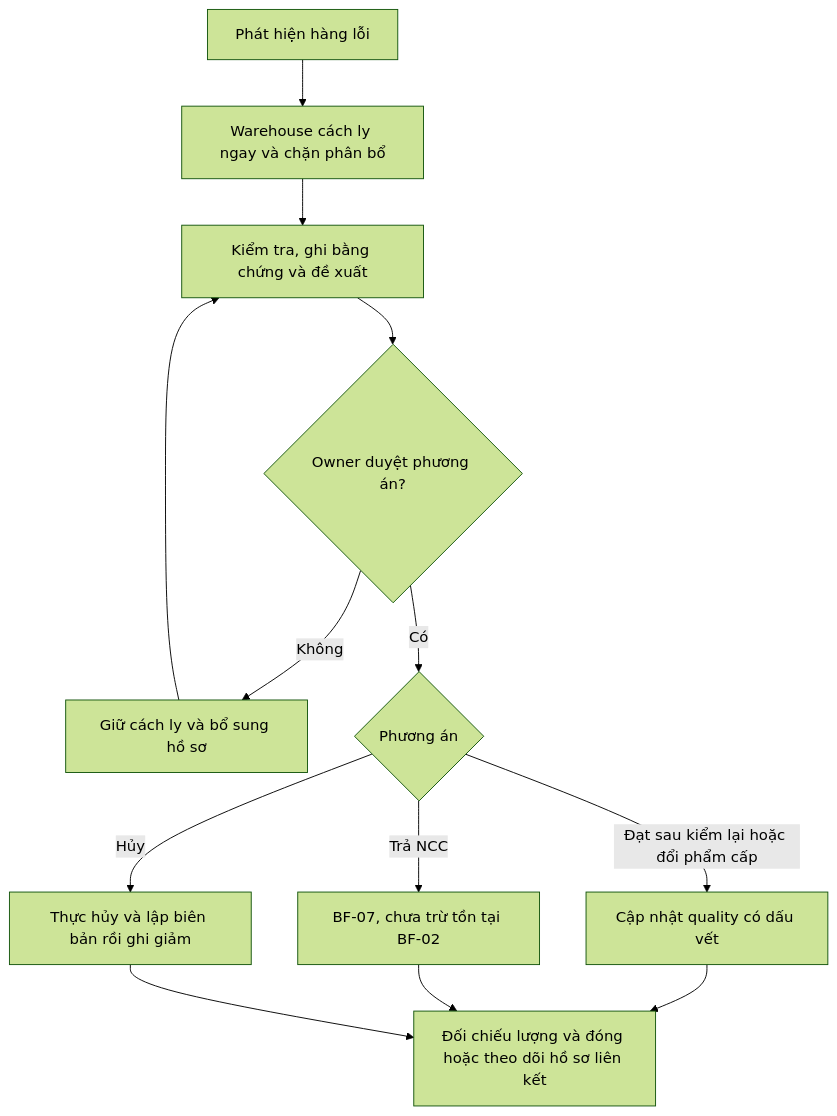
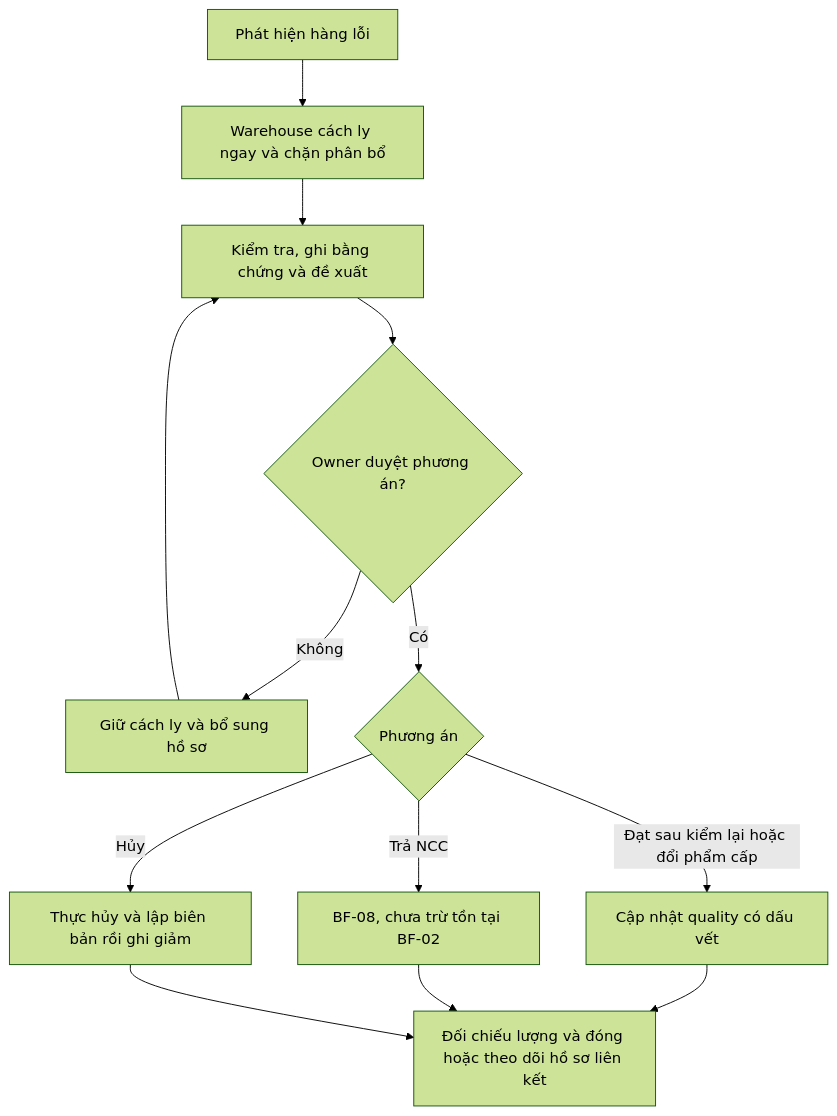
Before and after one commit to minhbach032003/docs_doan: the third of 9 diagrams in docs/02_nghiep_vu/de_xuat_quy_trinh_2_VI.md, drawn with Mermaid (forest theme). The commit also changed other lines of this file and 5 other files, not shown here.

Commit message:
docs: split warehouse flows and align sales data model

````diff
--- a/docs/02_nghiep_vu/de_xuat_quy_trinh_2_VI.md
+++ b/docs/02_nghiep_vu/de_xuat_quy_trinh_2_VI.md
@@ -638,15 +679,15 @@
 ```mermaid
 flowchart TD
  A[Phát hiện hàng lỗi] --> B[Warehouse cách ly ngay và chặn phân bổ]
  B --> C[Kiểm tra, ghi bằng chứng và đề xuất]
  C --> D{Owner duyệt phương án?}
  D -->|Không| E[Giữ cách ly và bổ sung hồ sơ]
  E --> C
  D -->|Có| F{Phương án}
  F -->|Đạt sau kiểm lại hoặc đổi phẩm cấp| G[Cập nhật quality có dấu vết]
- F -->|Trả NCC| H[BF-07, chưa trừ tồn tại BF-02]
+ F -->|Trả NCC| H[BF-08, chưa trừ tồn tại BF-02]
  F -->|Hủy| I[Thực hủy và lập biên bản rồi ghi giảm]
  G --> J[Đối chiếu lượng và đóng hoặc theo dõi hồ sơ liên kết]
  H --> J
  I --> J
 ```
````
